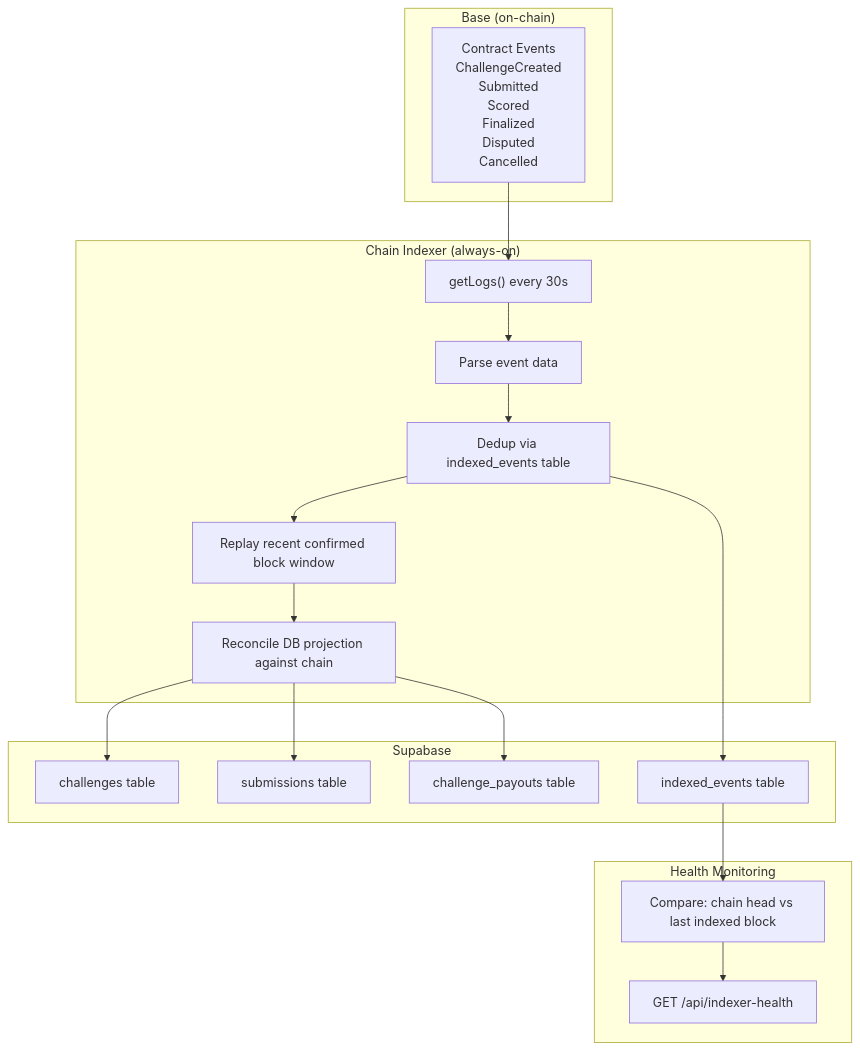
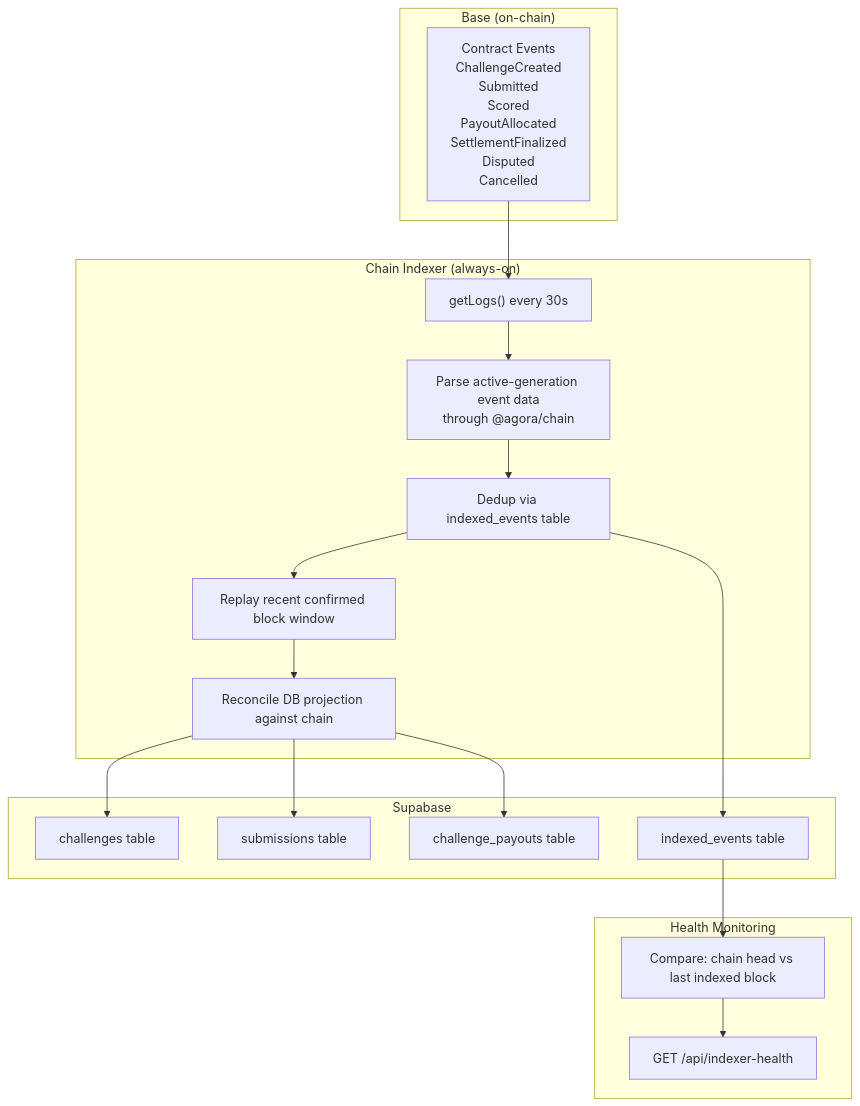
One commit to andymolecule/Hermes changed diagram 14 of 15 in docs/architecture.md. Above: the diagram before and after it, drawn with Mermaid. The commit also changed other lines of this file and 47 other files, not shown here.

````diff
--- a/docs/architecture.md
+++ b/docs/architecture.md
@@ -586,38 +593,38 @@
 ```mermaid
 flowchart TB
     subgraph Chain["Base (on-chain)"]
-        Events["Contract Events<br/>ChallengeCreated<br/>Submitted<br/>Scored<br/>Finalized<br/>Disputed<br/>Cancelled"]
+        Events["Contract Events<br/>ChallengeCreated<br/>Submitted<br/>Scored<br/>PayoutAllocated<br/>SettlementFinalized<br/>Disputed<br/>Cancelled"]
     end
 
     subgraph Indexer["Chain Indexer (always-on)"]
         Poller["getLogs() every 30s"]
-        Parser["Parse event data"]
+        Parser["Parse active-generation event data<br/>through @agora/chain"]
         Dedup["Dedup via indexed_events table"]
         Replay["Replay recent confirmed block window"]
         Reconcile["Reconcile DB projection against chain"]
     end
 
     subgraph DB["Supabase"]
         CT["challenges table"]
         ST["submissions table"]
         PT["challenge_payouts table"]
         IE["indexed_events table"]
     end
 
     subgraph Monitor["Health Monitoring"]
         Health["GET /api/indexer-health"]
         Lag["Compare: chain head vs last indexed block"]
     end
 
     Events --> Poller
     Poller --> Parser
     Parser --> Dedup
     Dedup --> Replay
     Replay --> Reconcile
     Reconcile --> CT
     Reconcile --> ST
     Reconcile --> PT
     Dedup --> IE
     IE --> Lag
     Lag --> Health
 ```
````
